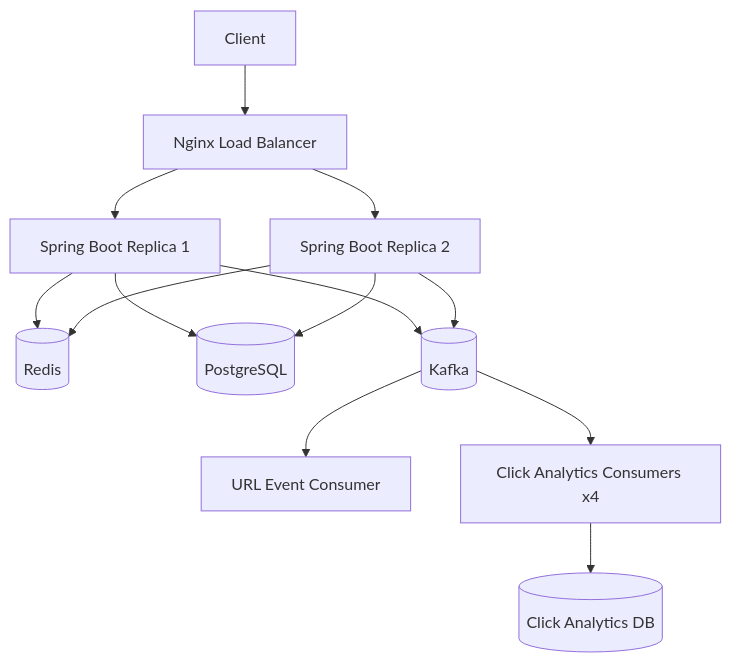
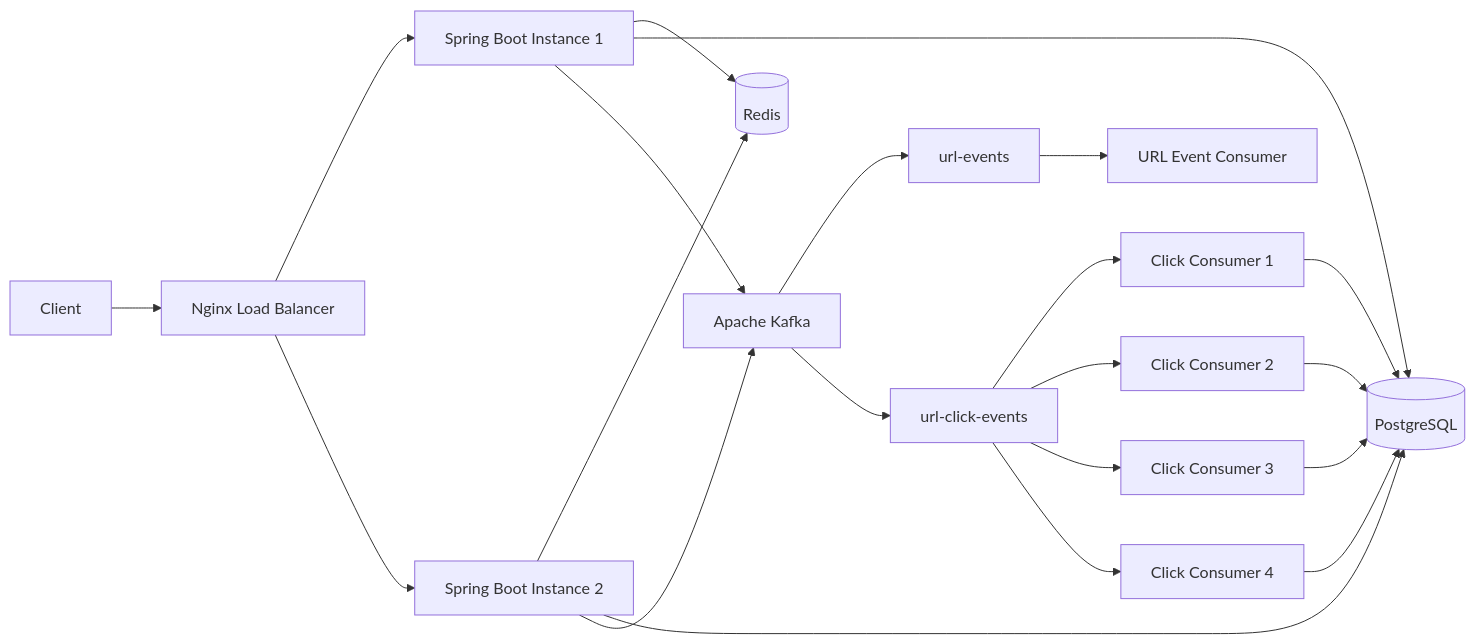
Before and after one commit to yatharthkatyayan/distributed-url-shortener: the diagram in Readme.md, drawn with Mermaid. The commit also changed other lines of this file, not shown here.

````diff
--- a/Readme.md
+++ b/Readme.md
@@ -31,39 +42,54 @@
 ```mermaid
-flowchart TB
+flowchart LR
 
-    Client[Client]
+    Client["Client"]
 
-    LB[Nginx Load Balancer]
+    Nginx["Nginx Load Balancer"]
 
-    App1[Spring Boot Replica 1]
-    App2[Spring Boot Replica 2]
+    App1["Spring Boot Instance 1"]
+    App2["Spring Boot Instance 2"]
 
-    Redis[(Redis)]
-    Postgres[(PostgreSQL)]
+    Redis[("Redis")]
+    PostgreSQL[("PostgreSQL")]
 
-    Kafka[(Kafka)]
+    Kafka["Apache Kafka"]
 
-    URLConsumer[URL Event Consumer]
-    ClickConsumer[Click Analytics Consumers x4]
+    URLTopic["url-events"]
+    ClickTopic["url-click-events"]
 
-    Analytics[(Click Analytics DB)]
+    URLConsumer["URL Event Consumer"]
+    
+    C1["Click Consumer 1"]
+    C2["Click Consumer 2"]
+    C3["Click Consumer 3"]
+    C4["Click Consumer 4"]
 
-    Client --> LB
+    Client --> Nginx
 
-    LB --> App1
-    LB --> App2
+    Nginx --> App1
+    Nginx --> App2
 
     App1 --> Redis
     App2 --> Redis
 
-    App1 --> Postgres
-    App2 --> Postgres
+    App1 --> PostgreSQL
+    App2 --> PostgreSQL
 
     App1 --> Kafka
     App2 --> Kafka
 
-    Kafka --> URLConsumer
-    Kafka --> ClickConsumer
+    Kafka --> URLTopic
+    Kafka --> ClickTopic
 
-    ClickConsumer --> Analytics
+    URLTopic --> URLConsumer
+
+    ClickTopic --> C1
+    ClickTopic --> C2
+    ClickTopic --> C3
+    ClickTopic --> C4
+
+    C1 --> PostgreSQL
+    C2 --> PostgreSQL
+    C3 --> PostgreSQL
+    C4 --> PostgreSQL
 ```
````
